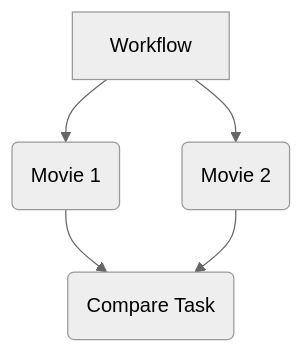
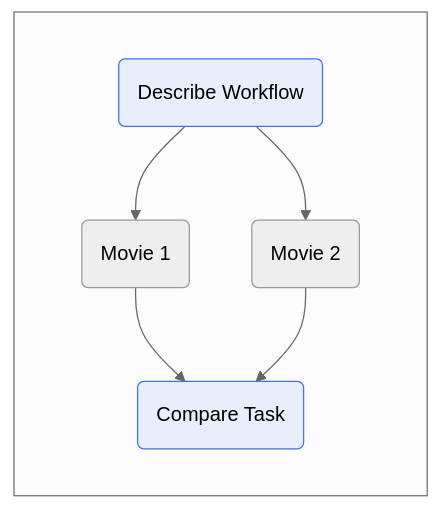
The first of 7 diagrams in docs/courses/compare-movies-workflow/03_first_workflow.md (griptape-ai/griptape-trade-school), drawn with Mermaid (neutral theme) before and after one commit. The commit also changed other lines of this file and 6 other files, not shown here.

````diff
--- a/docs/courses/compare-movies-workflow/03_first_workflow.md
+++ b/docs/courses/compare-movies-workflow/03_first_workflow.md
@@ -19,6 +19,10 @@
 ``` mermaid
-graph TB
-    A[Workflow] --> B(Movie 1) --> D(Compare Task)
-    A --> C(Movie 2) --> D
-
+graph TB 
+    subgraph " "
+        direction TB
+        B(Describe Workflow):::main --> C(Movie 1) --> E(Compare Task):::main
+        B --> D(Movie 2) --> E
+    end
+    
+    classDef main fill:#4274ff1a, stroke:#426eff
 ```
````
